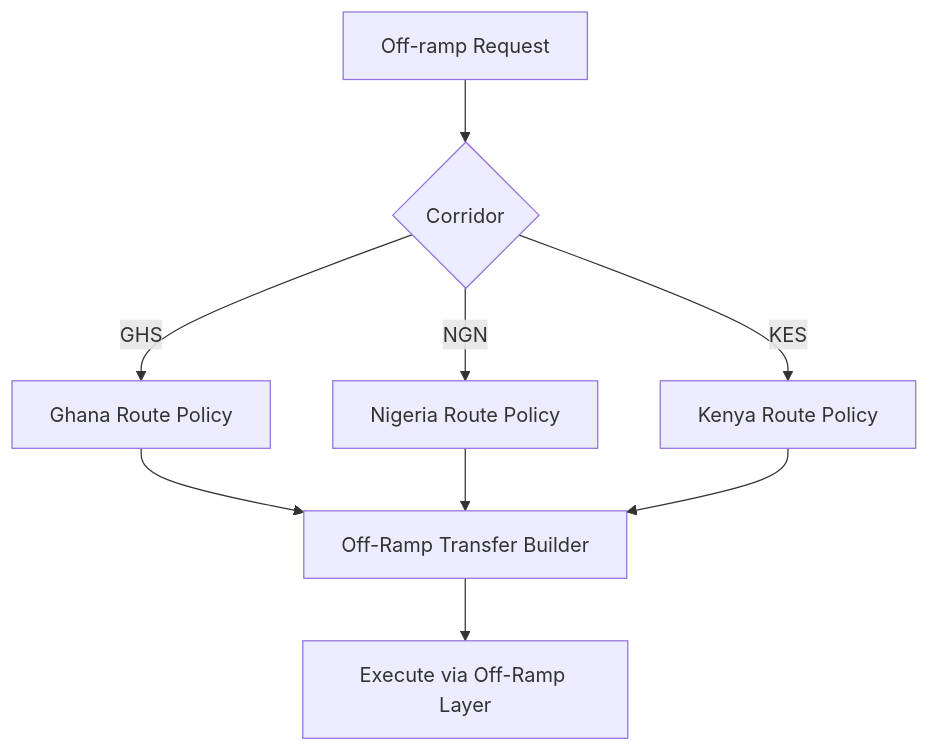
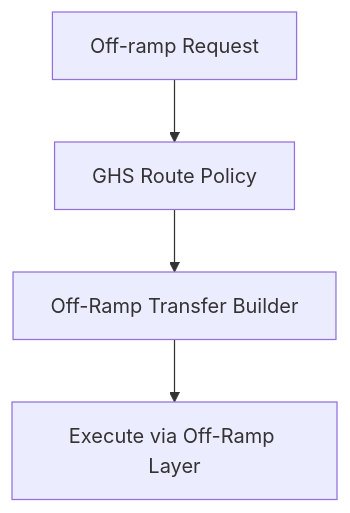
Before and after one commit to fiatsend/techical-achitecture: the third of 17 diagrams in Fiatsend-Technical-Architecture-SCF43-Integration.md, drawn with Mermaid. The commit also changed other lines of this file, not shown here.

````diff
--- a/Fiatsend-Technical-Architecture-SCF43-Integration.md
+++ b/Fiatsend-Technical-Architecture-SCF43-Integration.md
@@ -151,11 +149,6 @@
 ```mermaid
 flowchart TD
-    A[Off-ramp Request] --> B{Corridor}
-    B -->|GHS| C[Ghana Route Policy]
-    B -->|NGN| D[Nigeria Route Policy]
-    B -->|KES| E[Kenya Route Policy]
-    C --> F[Off-Ramp Transfer Builder]
-    D --> F
-    E --> F
-    F --> G[Execute via Off-Ramp Layer]
+    A[Off-ramp Request] --> B[GHS Route Policy]
+    B --> C[Off-Ramp Transfer Builder]
+    C --> D[Execute via Off-Ramp Layer]
 ```
````
